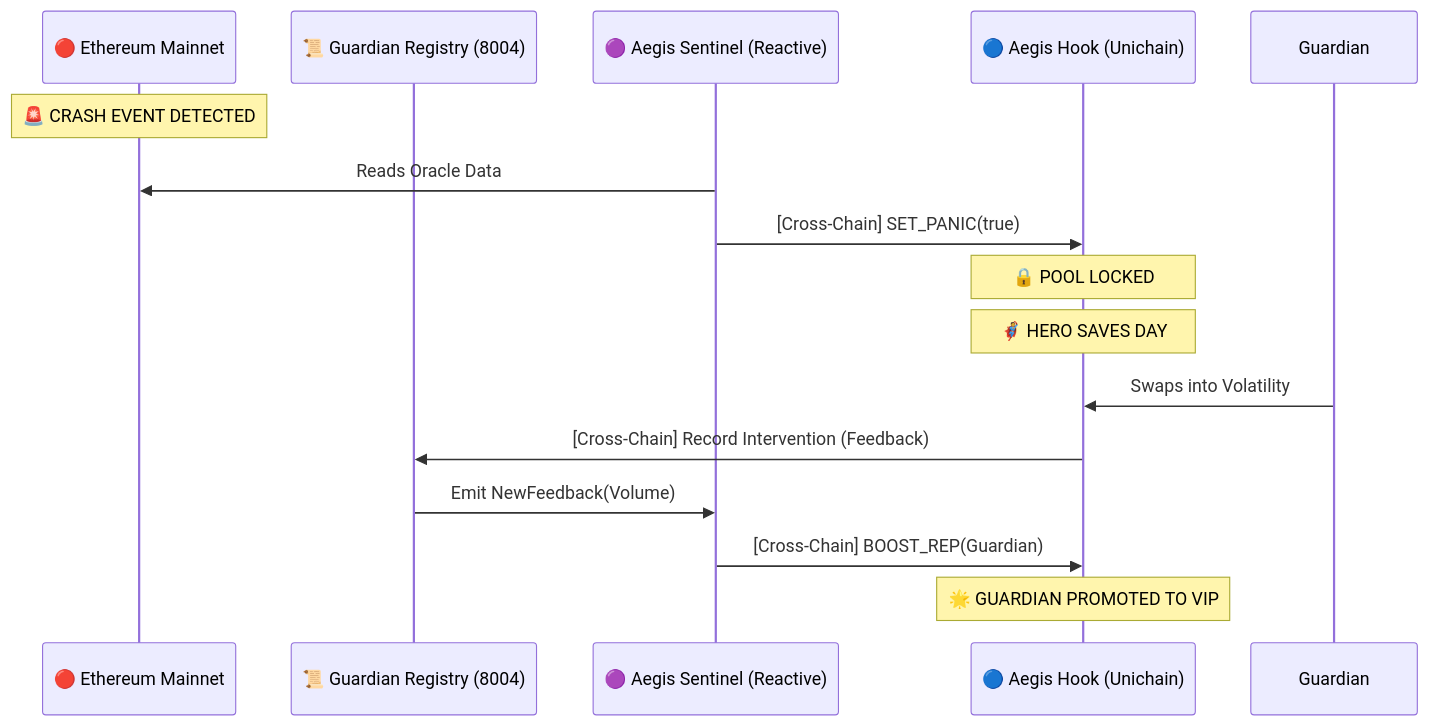
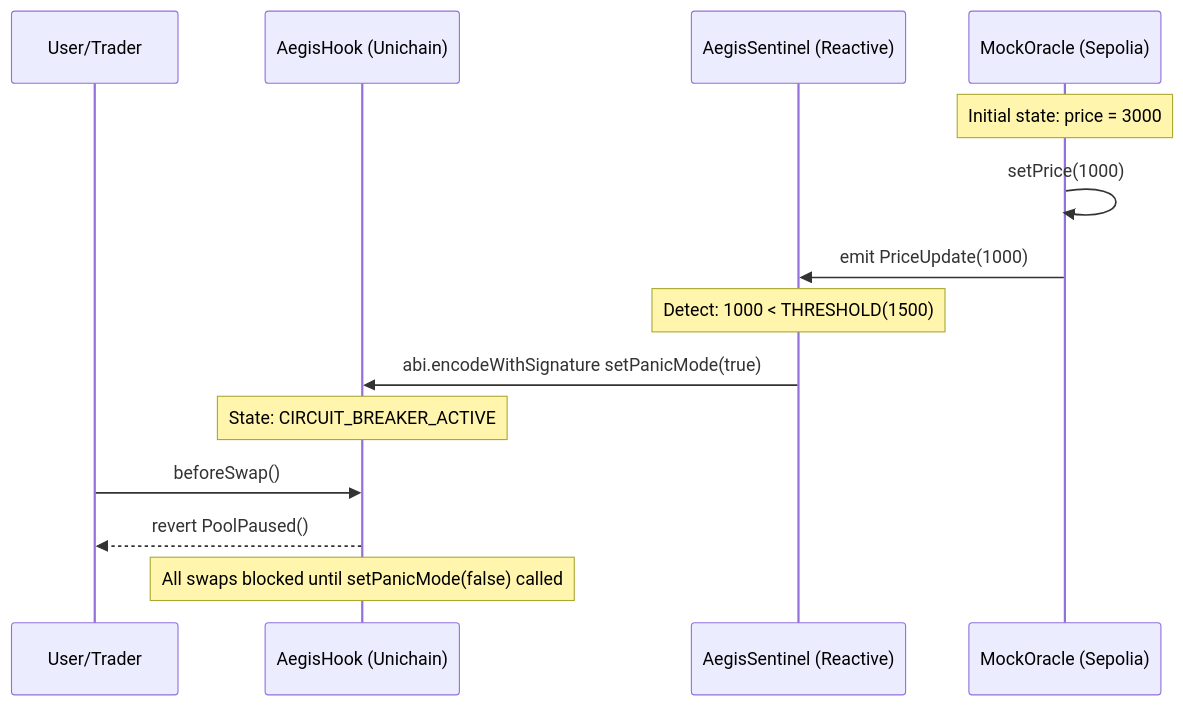
The second of 2 diagrams in README.md (HACK3R-CRYPTO2/Aegis), drawn with Mermaid before and after one commit. The commit also changed other lines of this file and 1 other file, not shown here.

````diff
--- a/README.md
+++ b/README.md
@@ -56,20 +71,17 @@
 ```mermaid
 sequenceDiagram
-    participant Mainnet as 🔴 Ethereum Mainnet
-    participant Registry as 📜 Guardian Registry (8004)
-    participant Sentinel as 🟣 Aegis Sentinel (Reactive)
-    participant Hook as 🔵 Aegis Hook (Unichain)
-    
-    Note over Mainnet: 🚨 CRASH EVENT DETECTED
-    Sentinel->>Mainnet: Reads Oracle Data
-    Sentinel->>Hook: [Cross-Chain] SET_PANIC(true)
-    Note over Hook: 🔒 POOL LOCKED
-    
-    Note over Hook: 🦸 HERO SAVES DAY
-    Guardian->>Hook: Swaps into Volatility
-    Hook->>Registry: [Cross-Chain] Record Intervention (Feedback)
-    
-    Registry->>Sentinel: Emit NewFeedback(Volume)
-    Sentinel->>Hook: [Cross-Chain] BOOST_REP(Guardian)
-    Note over Hook: 🌟 GUARDIAN PROMOTED TO VIP
+    participant User as User/Trader
+    participant Hook as AegisHook (Unichain)
+    participant Sentinel as AegisSentinel (Reactive)
+    participant Oracle as MockOracle (Sepolia)
+
+    Note over Oracle: Initial state: price = 3000
+    Oracle->>Oracle: setPrice(1000)
+    Oracle->>Sentinel: emit PriceUpdate(1000)
+    Note over Sentinel: Detect: 1000 < THRESHOLD(1500)
+    Sentinel->>Hook: abi.encodeWithSignature setPanicMode(true)
+    Note over Hook: State: CIRCUIT_BREAKER_ACTIVE
+    User->>Hook: beforeSwap()
+    Hook-->>User: revert PoolPaused()
+    Note over Hook: All swaps blocked until setPanicMode(false) called
 ```
````
